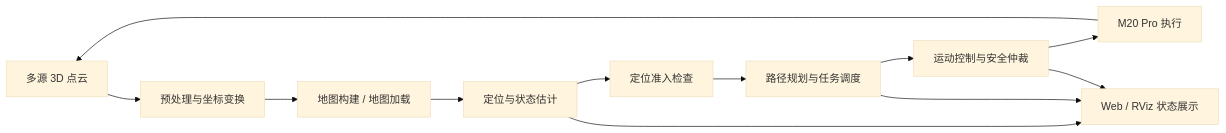
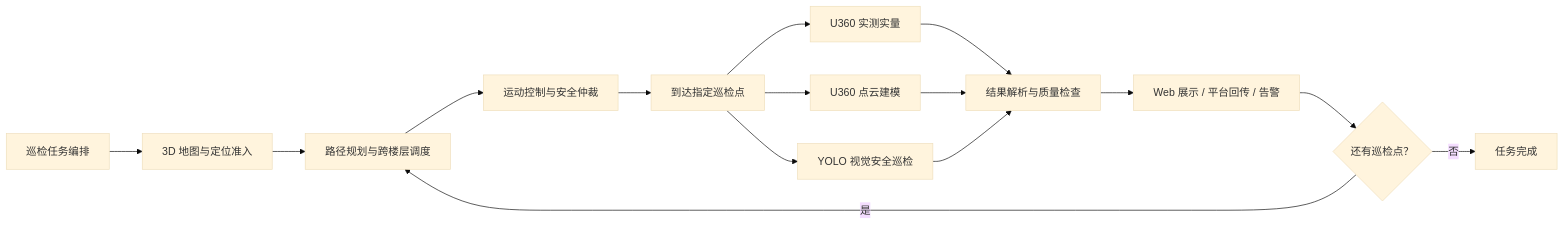
Before and after one commit to ghw1048040694/m20pro-supervision-system: the first of 2 diagrams in README.md, drawn with Mermaid (base theme). The commit also changed other lines of this file, not shown here.

````diff
--- a/README.md
+++ b/README.md
@@ -32,14 +37,17 @@
 ```mermaid
 flowchart LR
-    A["多源 3D 点云"] --> B["预处理与坐标变换"]
-    B --> C["地图构建 / 地图加载"]
-    C --> D["定位与状态估计"]
-    D --> E["定位准入检查"]
-    E --> F["路径规划与任务调度"]
-    F --> G["运动控制与安全仲裁"]
-    G --> H["M20 Pro 执行"]
-    H --> A
-    D --> I["Web / RViz 状态展示"]
-    F --> I
+    A["巡检任务编排"] --> B["3D 地图与定位准入"]
+    B --> C["路径规划与跨楼层调度"]
+    C --> D["运动控制与安全仲裁"]
+    D --> E["到达指定巡检点"]
+    E --> F["U360 实测实量"]
+    E --> G["U360 点云建模"]
+    E --> H["YOLO 视觉安全巡检"]
+    F --> I["结果解析与质量检查"]
     G --> I
+    H --> I
+    I --> J["Web 展示 / 平台回传 / 告警"]
+    J --> K{"还有巡检点？"}
+    K -->|是| C
+    K -->|否| L["任务完成"]
 ```
````
